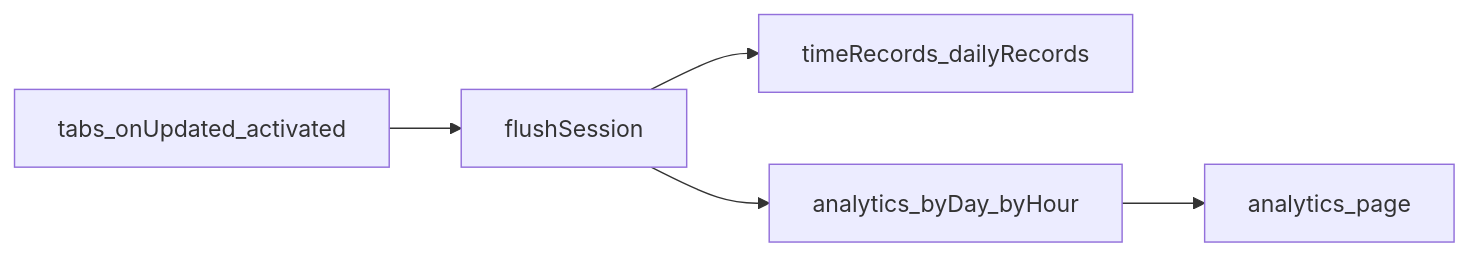
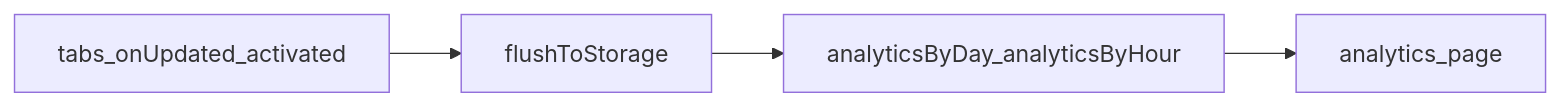
One commit to Plushly-Interactive/CoralClock changed the diagram in documents/ANALYTICS_PLAN.md. Above: the diagram before and after it, drawn with Mermaid. The commit also changed other lines of this file and 4 other files, not shown here.

````diff
--- a/documents/ANALYTICS_PLAN.md
+++ b/documents/ANALYTICS_PLAN.md
@@ -161,12 +161,10 @@
 ```mermaid
 flowchart LR
   tabEvents[tabs_onUpdated_activated]
-  flush[flushSession]
-  limits[timeRecords_dailyRecords]
-  analytics[analytics_byDay_byHour]
+  flush[flushToStorage]
+  analytics[analyticsByDay_analyticsByHour]
   tabEvents --> flush
-  flush --> limits
   flush --> analytics
   ui[analytics_page]
   analytics --> ui
 ```
````
